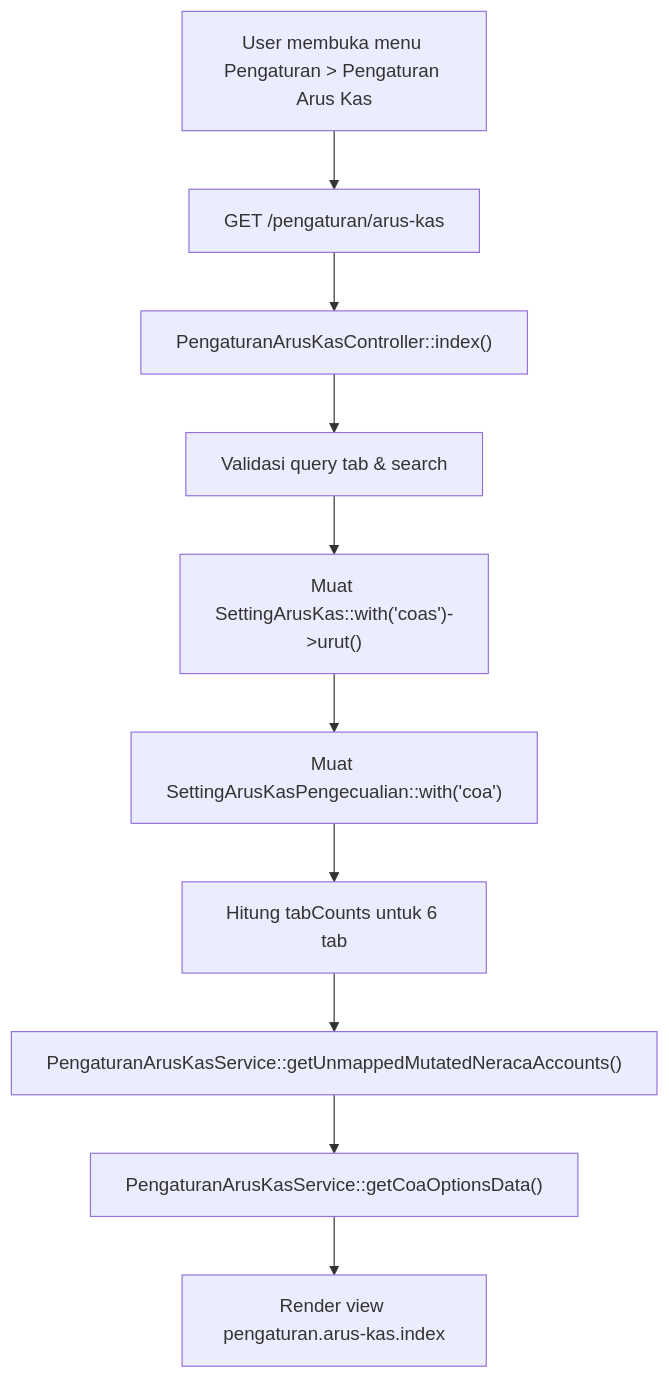
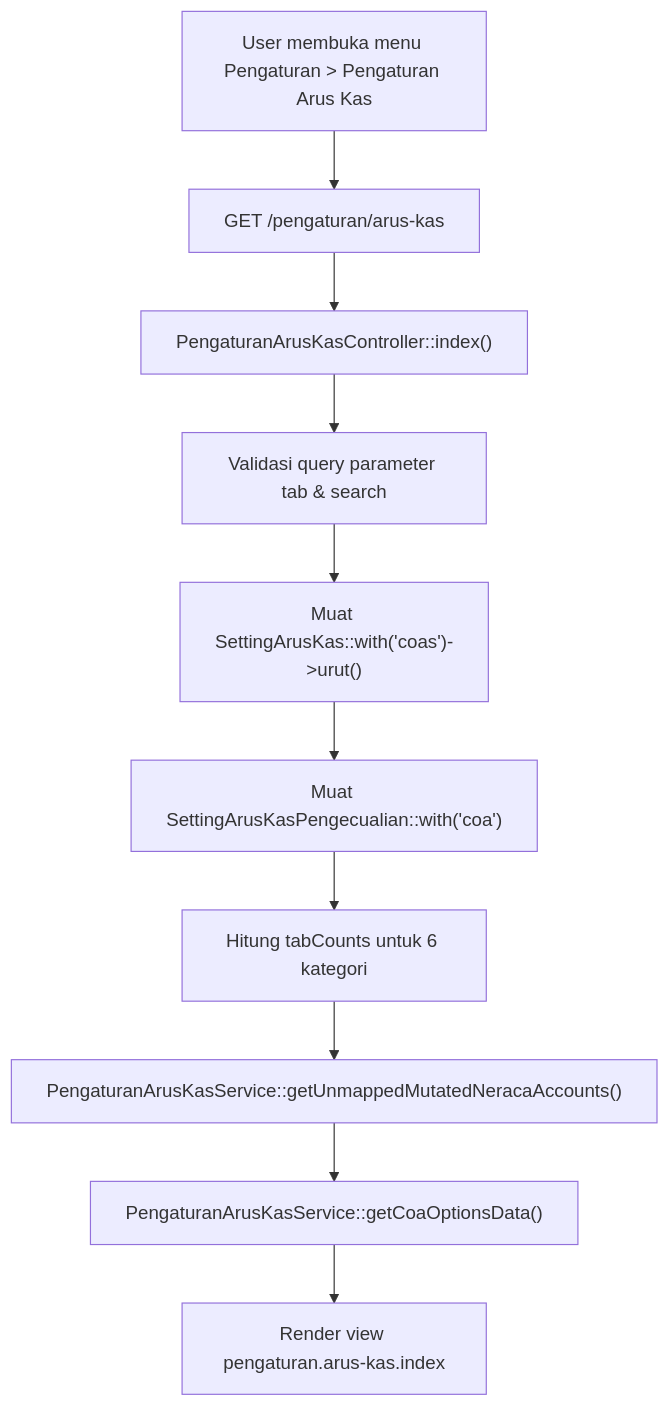
The first of 6 diagrams in dokumentasi/pengaturan-arus-kas.md (AltamaSidoarjo/laravel-siakurat-pt-smt), drawn with Mermaid before and after one commit. The commit also changed other lines of this file and 1 other file, not shown here.

````diff
--- a/dokumentasi/pengaturan-arus-kas.md
+++ b/dokumentasi/pengaturan-arus-kas.md
@@ -63,12 +95,12 @@
 ```mermaid
 flowchart TD
     A["User membuka menu Pengaturan > Pengaturan Arus Kas"] --> B["GET /pengaturan/arus-kas"]
     B --> C["PengaturanArusKasController::index()"]
-    C --> D["Validasi query tab & search"]
+    C --> D["Validasi query parameter tab & search"]
     D --> E["Muat SettingArusKas::with('coas')->urut()"]
     E --> F["Muat SettingArusKasPengecualian::with('coa')"]
-    F --> G["Hitung tabCounts untuk 6 tab"]
+    F --> G["Hitung tabCounts untuk 6 kategori"]
     G --> H["PengaturanArusKasService::getUnmappedMutatedNeracaAccounts()"]
     H --> I["PengaturanArusKasService::getCoaOptionsData()"]
     I --> J["Render view pengaturan.arus-kas.index"]
 ```
````
